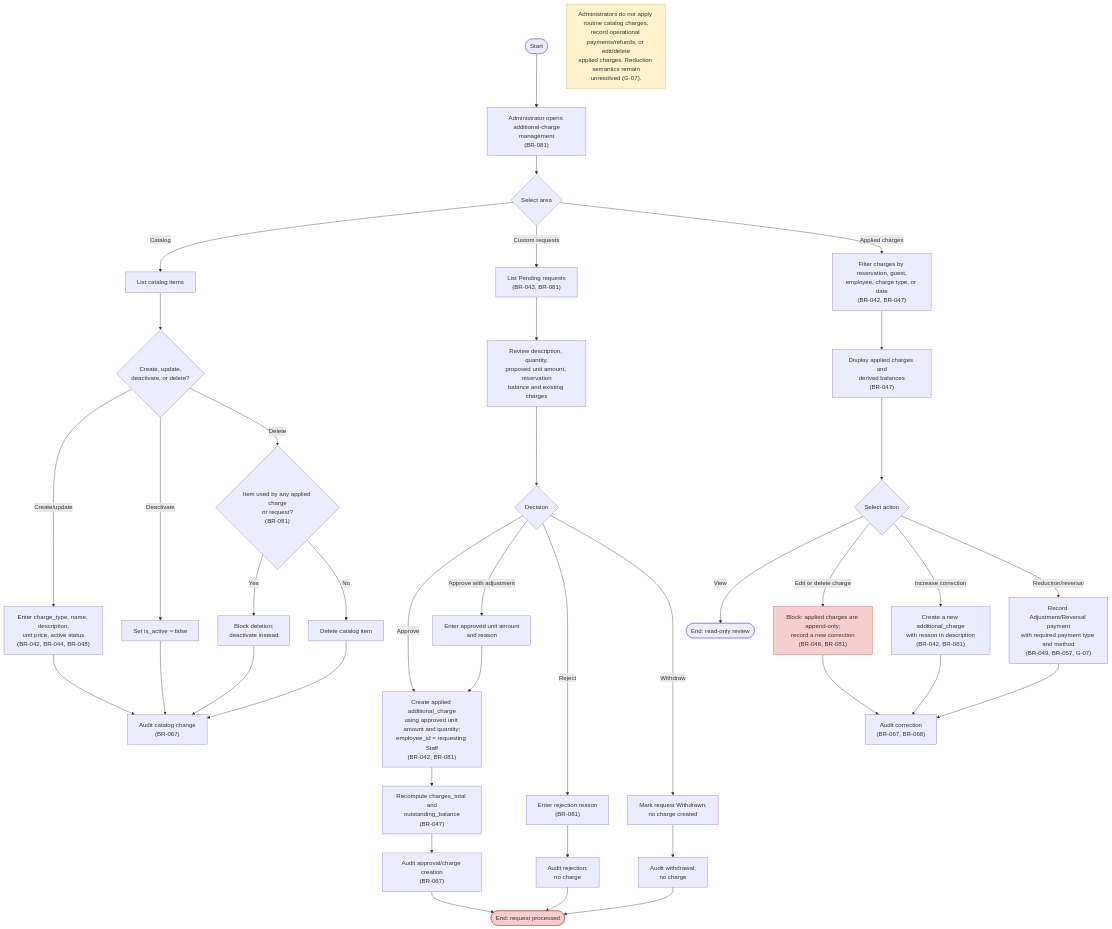
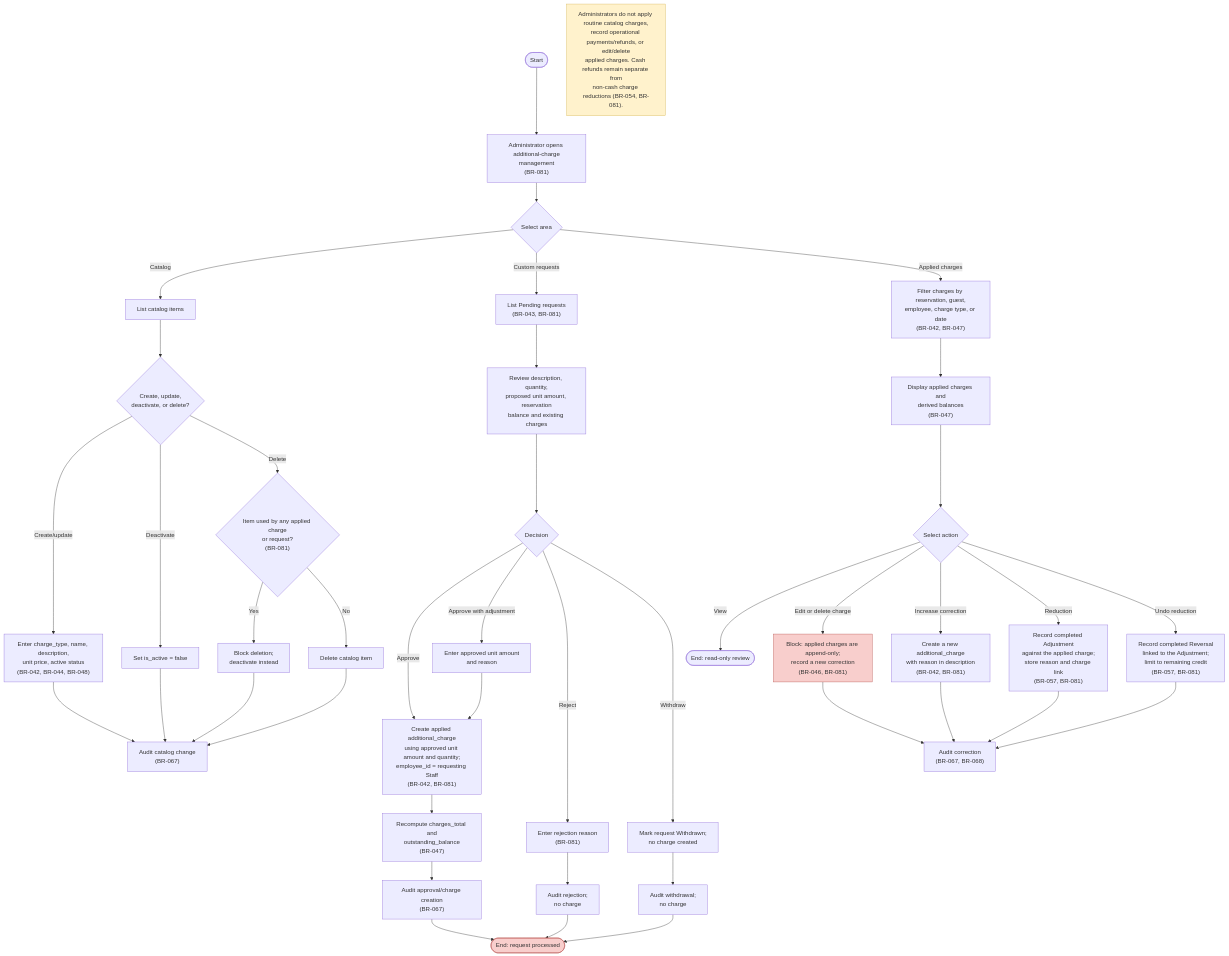
The ninth of 15 diagrams in docs/system_flowcharts.md (EirAndrie/KUBO_ReservationManagementSystem), drawn with Mermaid before and after one commit. The commit also changed 20 other files, not shown here.

````diff
--- a/docs/system_flowcharts.md
+++ b/docs/system_flowcharts.md
@@ -372,49 +372,51 @@
 ```mermaid
 flowchart TD
     S([Start]) --> P1["Administrator opens additional-charge<br/>management<br/>(BR-081)"]
     P1 --> D1{"Select area"}
 
     D1 -->|Catalog| C1["List catalog items"]
     C1 --> C2{"Create, update,<br/>deactivate, or delete?"}
     C2 -->|Create/update| C3["Enter charge_type, name, description,<br/>unit price, active status<br/>(BR-042, BR-044, BR-048)"]
     C2 -->|Deactivate| C4["Set is_active = false"]
     C2 -->|Delete| C5{"Item used by any applied charge<br/>or request?<br/>(BR-081)"}
     C5 -->|Yes| C6["Block deletion;<br/>deactivate instead"]
     C5 -->|No| C7["Delete catalog item"]
     C3 --> A1["Audit catalog change<br/>(BR-067)"]
     C4 --> A1
     C6 --> A1
     C7 --> A1
 
     D1 -->|Custom requests| R1["List Pending requests<br/>(BR-043, BR-081)"]
     R1 --> R2["Review description, quantity,<br/>proposed unit amount, reservation<br/>balance and existing charges"]
     R2 --> D2{"Decision"}
     D2 -->|Approve| R3["Create applied additional_charge<br/>using approved unit amount and quantity;<br/>employee_id = requesting Staff<br/>(BR-042, BR-081)"]
     D2 -->|Approve with adjustment| R4["Enter approved unit amount<br/>and reason"]
     D2 -->|Reject| R5["Enter rejection reason<br/>(BR-081)"]
     D2 -->|Withdraw| R6["Mark request Withdrawn;<br/>no charge created"]
     R4 --> R3
     R3 --> P2["Recompute charges_total and<br/>outstanding_balance<br/>(BR-047)"]
     P2 --> A2["Audit approval/charge creation<br/>(BR-067)"]
     R5 --> A3["Audit rejection;<br/>no charge"]
     R6 --> A4["Audit withdrawal;<br/>no charge"]
     A2 --> E1([End: request processed])
     A3 --> E1
     A4 --> E1
 
     D1 -->|Applied charges| V1["Filter charges by reservation, guest,<br/>employee, charge type, or date<br/>(BR-042, BR-047)"]
     V1 --> V2["Display applied charges and<br/>derived balances<br/>(BR-047)"]
     V2 --> D3{"Select action"}
     D3 -->|View| E2([End: read-only review])
     D3 -->|Edit or delete charge| E3["Block: applied charges are append-only;<br/>record a new correction<br/>(BR-046, BR-081)"]
     D3 -->|Increase correction| I1["Create a new additional_charge<br/>with reason in description<br/>(BR-042, BR-081)"]
-    D3 -->|Reduction/reversal| I2["Record Adjustment/Reversal payment<br/>with required payment type and method<br/>(BR-049, BR-057, G-07)"]
+    D3 -->|Reduction| I2["Record completed Adjustment<br/>against the applied charge;<br/>store reason and charge link<br/>(BR-057, BR-081)"]
+    D3 -->|Undo reduction| I3["Record completed Reversal<br/>linked to the Adjustment;<br/>limit to remaining credit<br/>(BR-057, BR-081)"]
     I1 --> A5["Audit correction<br/>(BR-067, BR-068)"]
     I2 --> A5
+    I3 --> A5
     E3 --> A5
 
-    N1["Administrators do not apply routine catalog charges,<br/>record operational payments/refunds, or edit/delete<br/>applied charges. Reduction semantics remain<br/>unresolved (G-07)."]
+    N1["Administrators do not apply routine catalog charges,<br/>record operational payments/refunds, or edit/delete<br/>applied charges. Cash refunds remain separate from<br/>non-cash charge reductions (BR-054, BR-081)."]
     style N1 fill:#fff2cc,stroke:#d6b656
     style E1 fill:#f8cecc,stroke:#b85450
     style E3 fill:#f8cecc,stroke:#b85450
 ```
````
